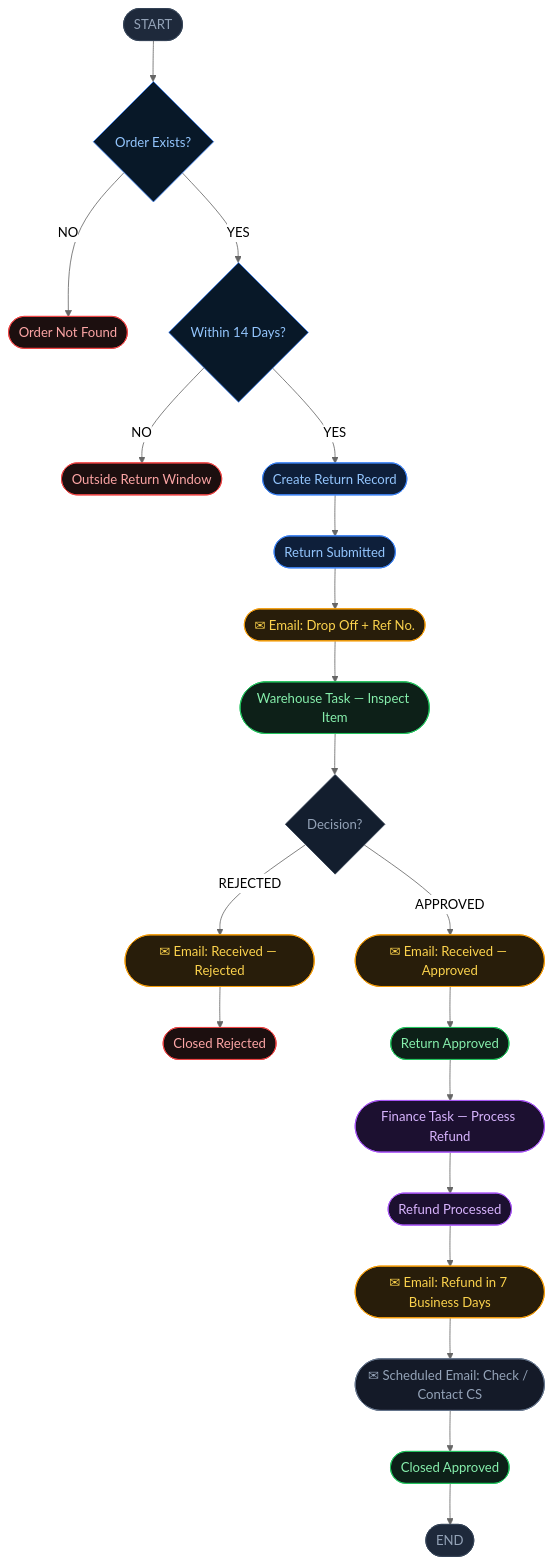
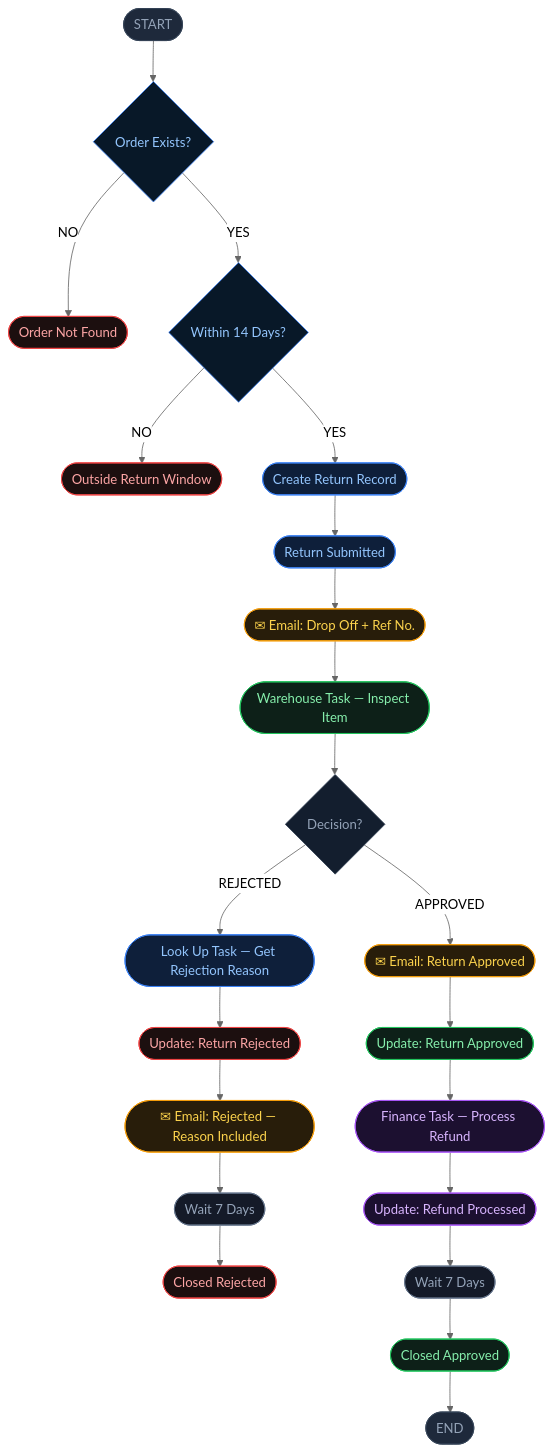
One commit to emeka-iwu/ReturnFlow changed the diagram in README.md. Above: the diagram before and after it, drawn with Mermaid (neutral theme).

Commit message:
more changes to readme.md

````diff
--- a/README.md
+++ b/README.md
@@ -37,43 +37,47 @@
 ```mermaid
 flowchart TD
     A([START]) --> B{Order Exists?}
     B -- NO --> C([Order Not Found])
     B -- YES --> D{Within 14 Days?}
     D -- NO --> E([Outside Return Window])
     D -- YES --> F([Create Return Record])
     F --> G([Return Submitted])
     G --> H([✉ Email: Drop Off + Ref No.])
     H --> I([Warehouse Task — Inspect Item])
     I --> J{Decision?}
-    J -- REJECTED --> K([✉ Email: Received — Rejected])
-    K --> L([Closed Rejected])
-    J -- APPROVED --> M([✉ Email: Received — Approved])
-    M --> N([Return Approved])
-    N --> O([Finance Task — Process Refund])
-    O --> P([Refund Processed])
-    P --> Q([✉ Email: Refund in 7 Business Days])
-    Q --> R([✉ Scheduled Email: Check / Contact CS])
-    R --> S([Closed Approved])
-    S --> T([END])
+    J -- REJECTED --> K([Look Up Task — Get Rejection Reason])
+    K --> L([Update: Return Rejected])
+    L --> M([✉ Email: Rejected — Reason Included])
+    M --> N([Wait 7 Days])
+    N --> O([Closed Rejected])
+    J -- APPROVED --> P([✉ Email: Return Approved])
+    P --> Q([Update: Return Approved])
+    Q --> R([Finance Task — Process Refund])
+    R --> S([Update: Refund Processed])
+    S --> T([Wait 7 Days])
+    T --> U([Closed Approved])
+    U --> V([END])
 
     style A fill:#1e293b,stroke:#334155,color:#94a3b8
-    style T fill:#1e293b,stroke:#334155,color:#94a3b8
+    style V fill:#1e293b,stroke:#334155,color:#94a3b8
     style C fill:#1c0f0f,stroke:#ef4444,color:#fca5a5
     style E fill:#1c0f0f,stroke:#ef4444,color:#fca5a5
-    style L fill:#1c0f0f,stroke:#ef4444,color:#fca5a5
+    style O fill:#1c0f0f,stroke:#ef4444,color:#fca5a5
     style B fill:#081828,stroke:#3b82f6,color:#93c5fd
     style D fill:#081828,stroke:#3b82f6,color:#93c5fd
     style J fill:#131e2e,stroke:#334155,color:#94a3b8
     style F fill:#0e1f3a,stroke:#3b82f6,color:#93c5fd
     style G fill:#0e1f3a,stroke:#3b82f6,color:#93c5fd
     style H fill:#281d0a,stroke:#f59e0b,color:#fcd34d
     style I fill:#0d2018,stroke:#22c55e,color:#86efac
-    style K fill:#281d0a,stroke:#f59e0b,color:#fcd34d
+    style K fill:#0e1f3a,stroke:#3b82f6,color:#93c5fd
+    style L fill:#1c0f0f,stroke:#ef4444,color:#fca5a5
     style M fill:#281d0a,stroke:#f59e0b,color:#fcd34d
-    style N fill:#0d2018,stroke:#22c55e,color:#86efac
-    style O fill:#1c1030,stroke:#a855f7,color:#d8b4fe
-    style P fill:#1c1030,stroke:#a855f7,color:#d8b4fe
-    style Q fill:#281d0a,stroke:#f59e0b,color:#fcd34d
-    style R fill:#141a28,stroke:#64748b,color:#94a3b8
-    style S fill:#0d2018,stroke:#22c55e,color:#86efac
+    style N fill:#141a28,stroke:#64748b,color:#94a3b8
+    style P fill:#281d0a,stroke:#f59e0b,color:#fcd34d
+    style Q fill:#0d2018,stroke:#22c55e,color:#86efac
+    style R fill:#1c1030,stroke:#a855f7,color:#d8b4fe
+    style S fill:#1c1030,stroke:#a855f7,color:#d8b4fe
+    style T fill:#141a28,stroke:#64748b,color:#94a3b8
+    style U fill:#0d2018,stroke:#22c55e,color:#86efac
 ```
````
